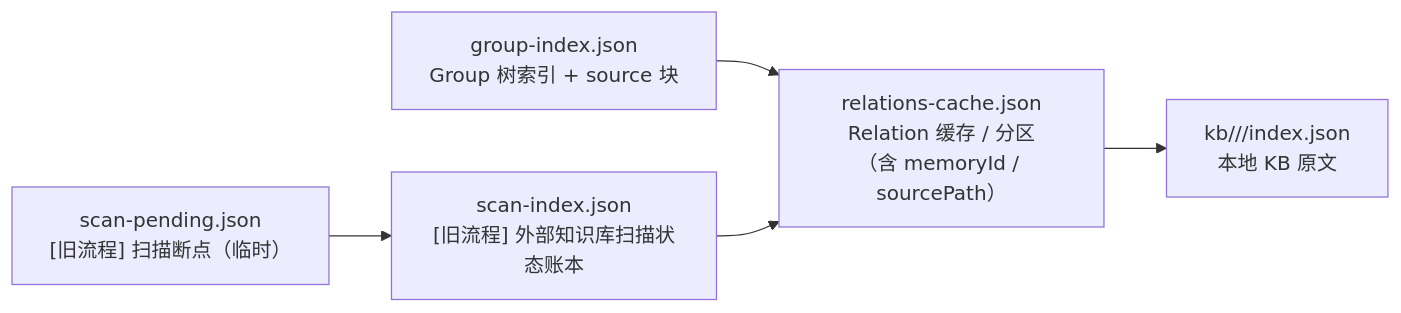
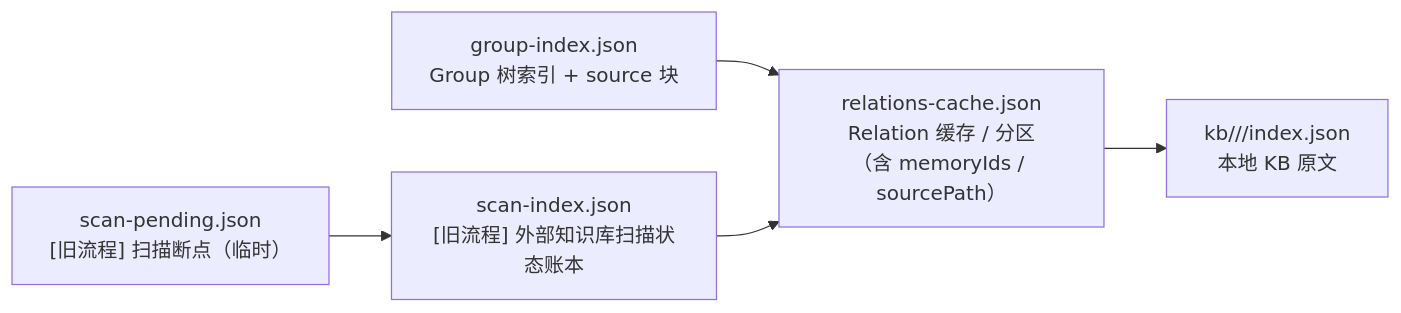
One commit to HACK-WU/kisearch changed the second of 5 diagrams in docs/architecture.md. Above: the diagram before and after it, drawn with Mermaid. The commit also changed other lines of this file and 52 other files, not shown here.

````diff
--- a/docs/architecture.md
+++ b/docs/architecture.md
@@ -38,13 +38,13 @@
 ```mermaid
 flowchart LR
     GI["group-index.json<br/>Group 树索引 + source 块"]
-    RC["relations-cache.json<br/>Relation 缓存 / 分区<br/>（含 memoryId / sourcePath）"]
+    RC["relations-cache.json<br/>Relation 缓存 / 分区<br/>（含 memoryIds / sourcePath）"]
     KB["kb/<scope>/<group>/index.json<br/>本地 KB 原文"]
     SI["scan-index.json<br/>[旧流程] 外部知识库扫描状态账本"]
     SP["scan-pending.json<br/>[旧流程] 扫描断点（临时）"]
 
     GI --> RC
     RC --> KB
     SI --> RC
     SP --> SI
 ```
````
